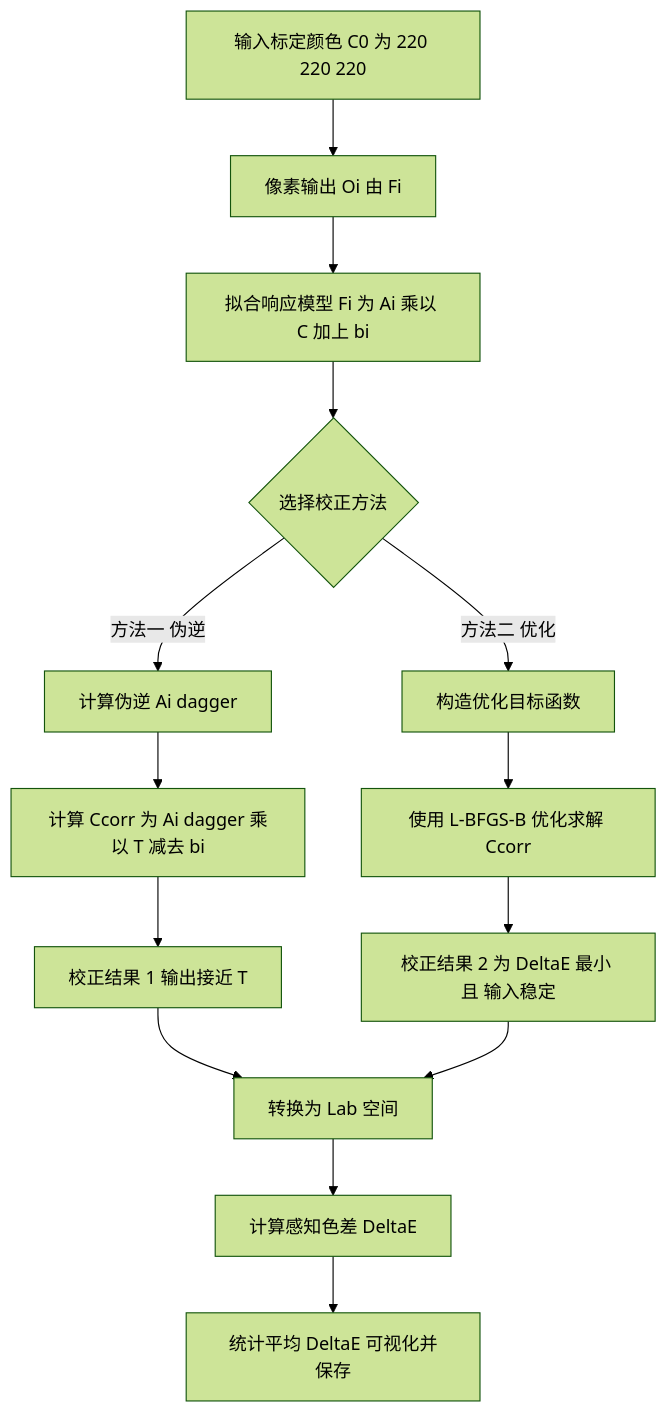
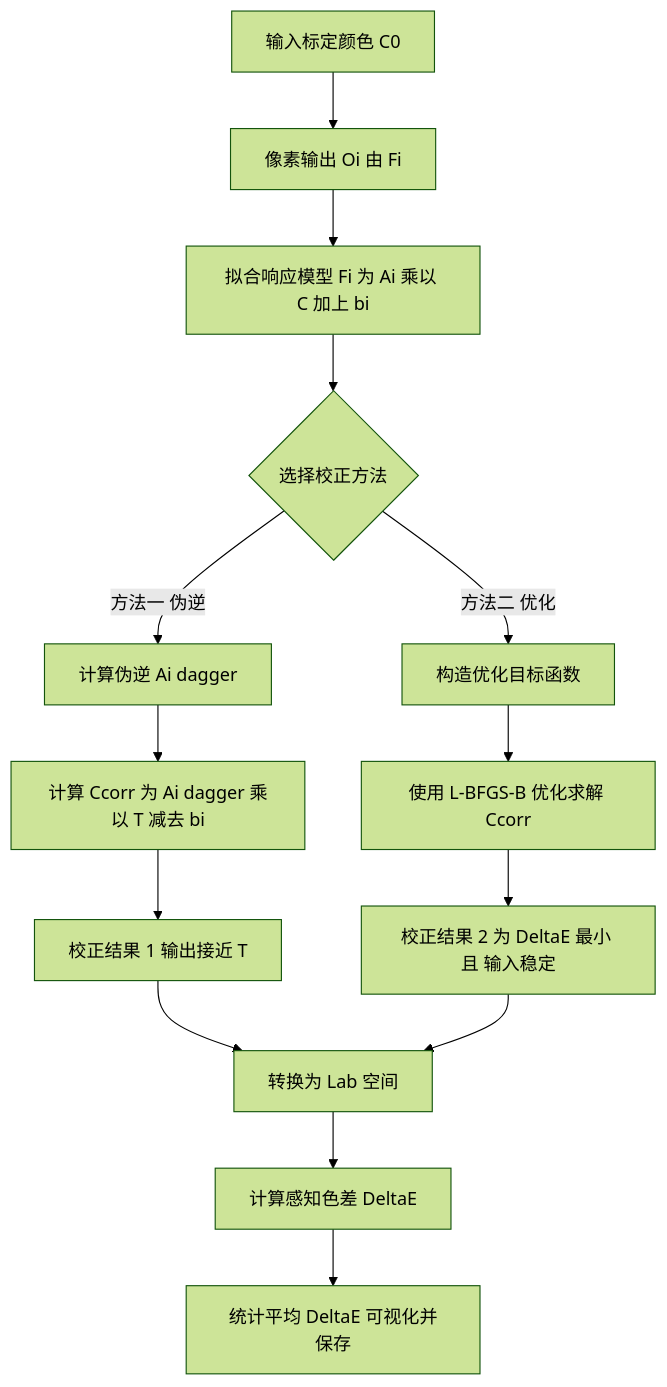
Before and after one commit to jbgztxdy/sms: the seventh of 7 diagrams in 数模.md, drawn with Mermaid (forest theme). The commit also changed other lines of this file, not shown here.

````diff
--- a/数模.md
+++ b/数模.md
@@ -629,19 +628,19 @@
 ```mermaid
 flowchart TD
-    A[输入标定颜色 C0 为 220 220 220] --> B[像素输出 Oi 由 Fi]
+    A[输入标定颜色 C0 ] --> B[像素输出 Oi 由 Fi]
     B --> C[拟合响应模型 Fi 为 Ai 乘以 C 加上 bi]
     C --> D1{选择校正方法}
 
     D1 -- 方法一 伪逆 --> E1[计算伪逆 Ai dagger]
     E1 --> F1[计算 Ccorr 为 Ai dagger 乘以 T 减去 bi]
     F1 --> G1[校正结果 1 输出接近 T]
 
     D1 -- 方法二 优化 --> E2[构造优化目标函数]
     E2 --> F2[使用 L-BFGS-B 优化求解 Ccorr]
     F2 --> G2[校正结果 2 为 DeltaE 最小 且 输入稳定]
 
     G1 --> H[转换为 Lab 空间]
     G2 --> H
     H --> I[计算感知色差 DeltaE]
     I --> J[统计平均 DeltaE 可视化并保存]
 ```
````
